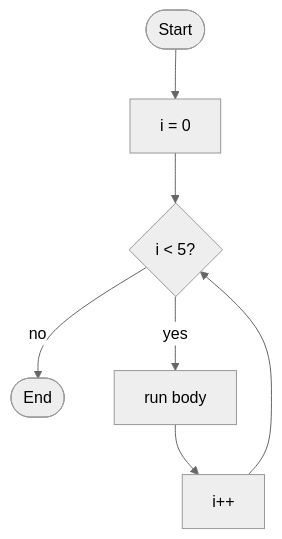
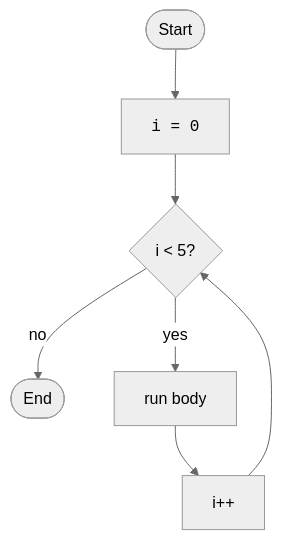
Before and after one commit to dataslope/dataslope: the third of 4 diagrams in content/learn/intro-modern-csharp/control-flow.mdx, drawn with Mermaid (neutral theme). The commit also changed 218 other files, not shown here.

First line of the commit message:
Render code-only mermaid shapes in monospace; convert step sequences to Steps (#467)

````diff
--- a/content/learn/intro-modern-csharp/control-flow.mdx
+++ b/content/learn/intro-modern-csharp/control-flow.mdx
@@ -211,9 +211,9 @@
 ```mermaid
 flowchart TB
-    S([Start]) --> Init["i = 0"]
+    S([Start]) --> Init["<code>i = 0</code>"]
     Init --> Cond{i < 5?}
     Cond -- no --> End([End])
     Cond -- yes --> Body["run body"]
     Body --> Inc["i++"]
     Inc --> Cond
 ```
````
